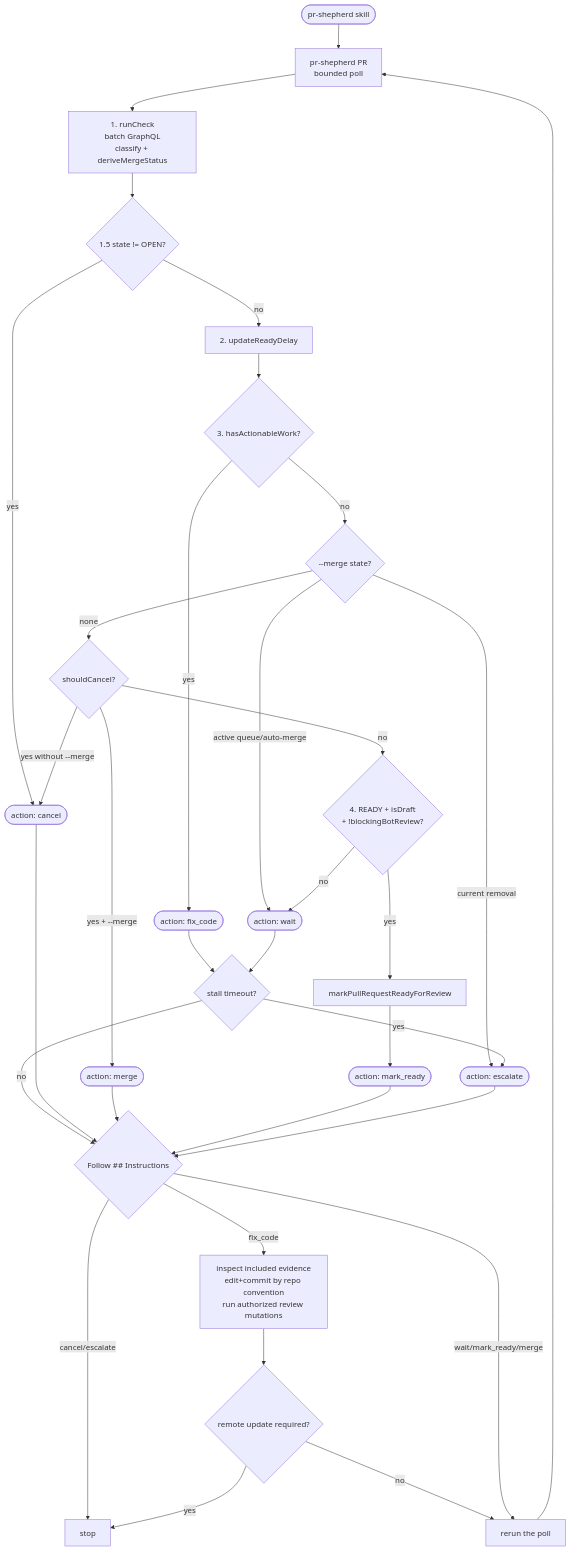
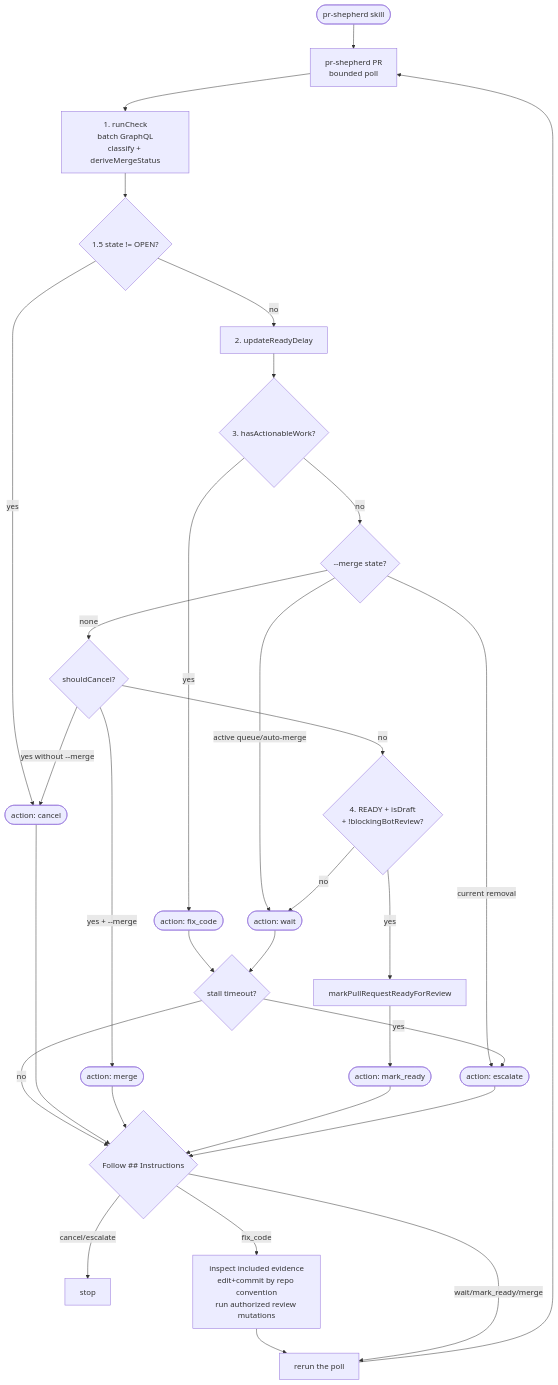
The diagram in docs/iterate-flow.md (jonathanong/pr-shepherd), drawn with Mermaid before and after one commit. The commit also changed other lines of this file and 86 other files, not shown here.

````diff
--- a/docs/iterate-flow.md
+++ b/docs/iterate-flow.md
@@ -9,40 +9,38 @@
 ```mermaid
 flowchart TD
   U(["pr-shepherd skill"]) --> POLL["pr-shepherd PR<br/>bounded poll"]
 
   POLL --> S1["1. runCheck<br/>batch GraphQL<br/>classify + deriveMergeStatus"]
 
   S1 --> S15{"1.5 state != OPEN?"}
   S15 -->|yes| A_CAN(["action: cancel"])
   S15 -->|no| S2["2. updateReadyDelay"]
   S2 --> S3{"3. hasActionableWork?"}
   S3 -->|yes| A_FIX(["action: fix_code"])
   S3 -->|no| SM{"--merge state?"}
   SM -->|active queue/auto-merge| A_W(["action: wait"])
   SM -->|current removal| A_ESC(["action: escalate"])
   SM -->|none| S2C{"shouldCancel?"}
   S2C -->|yes + --merge| A_MERGE(["action: merge"])
   S2C -->|yes without --merge| A_CAN
   S2C -->|no| S4{"4. READY + isDraft<br/>+ !blockingBotReview?"}
   S4 -->|yes| S4X["markPullRequestReadyForReview"]
   S4X --> A_MR(["action: mark_ready"])
   S4 -->|no| A_W(["action: wait"])
 
   A_FIX --> STALL{"stall timeout?"}
   A_W --> STALL
   STALL -->|yes| A_ESC(["action: escalate"])
   STALL -->|no| DEC{"Follow ## Instructions"}
 
   A_CAN --> DEC
   A_MERGE --> DEC
   A_MR --> DEC
   A_ESC --> DEC
 
   DEC -->|cancel/escalate| STOP["stop"]
   DEC -->|fix_code| FIX["inspect included evidence<br/>edit+commit by repo convention<br/>run authorized review mutations"]
-  FIX --> REMOTE{"remote update required?"}
-  REMOTE -->|yes| STOP
-  REMOTE -->|no| RERUN["rerun the poll"]
+  FIX --> RERUN["rerun the poll"]
   DEC -->|wait/mark_ready/merge| RERUN
   RERUN --> POLL
 ```
````
